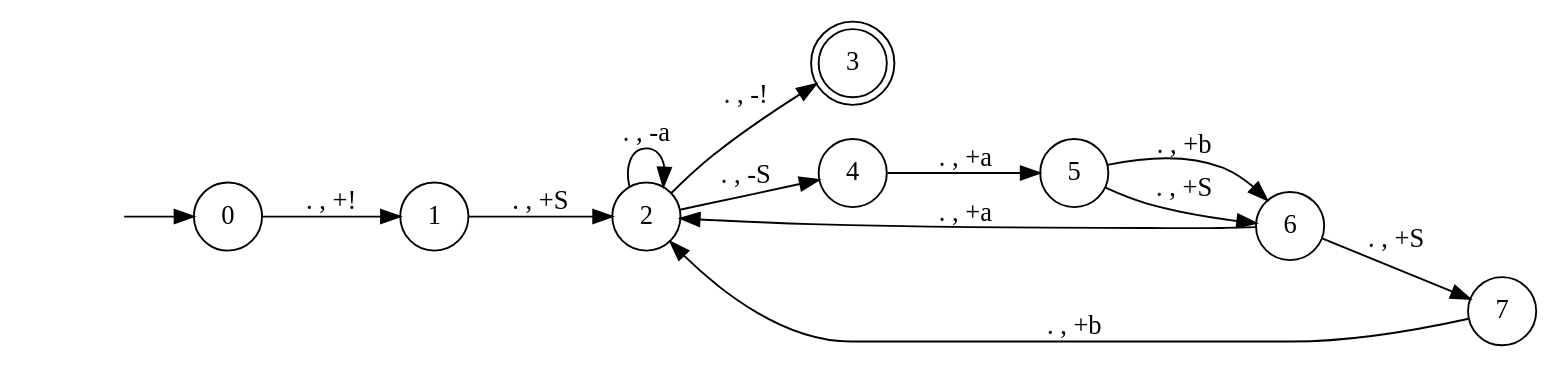
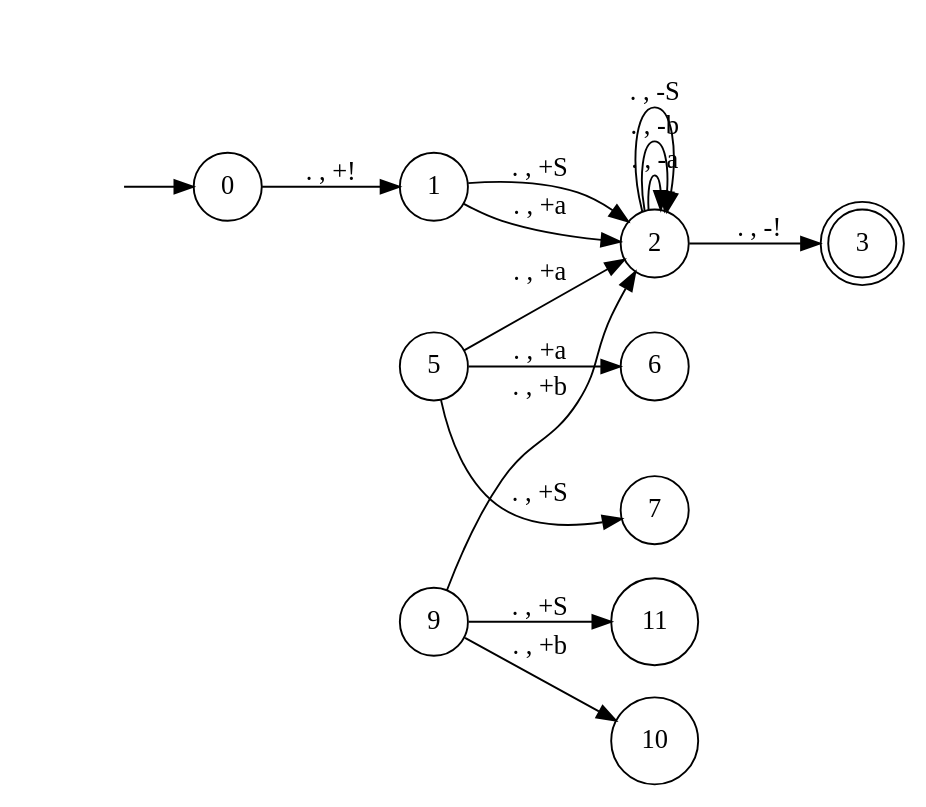
One commit to tsubaric/ToC changed the diagram in output.gv. Above: the diagram before and after it, drawn with Graphviz. The commit also changed 2 other files, not shown here.

```diff
--- a/output.gv
+++ b/output.gv
@@ -1,19 +1,21 @@
 digraph pda {
 rankdir = LR;
 hidden [shape = plaintext, label = ""];
 node [shape = doublecircle];
 3;
 node [shape = circle];
 hidden -> 0;
 0 -> 1 [label = ". , +!"];
+1 -> 2 [label = ". , +a"];
 1 -> 2 [label = ". , +S"];
 2 -> 2 [label = ". , -a"];
+2 -> 2 [label = ". , -b"];
+2 -> 2 [label = ". , -S"];
 2 -> 3 [label = ". , -!"];
-2 -> 4 [label = ". , -S"];
-4 -> 5 [label = ". , +a"];
-5 -> 6 [label = ". , +b"];
-5 -> 6 [label = ". , +S"];
-6 -> 2 [label = ". , +a"];
-6 -> 7 [label = ". , +S"];
-7 -> 2 [label = ". , +b"];
+5 -> 2 [label = ". , +a"];
+5 -> 6 [label = ". , +a"];
+5 -> 7 [label = ". , +S"];
+9 -> 11 [label = ". , +S"];
+9 -> 2 [label = ". , +b"];
+9 -> 10 [label = ". , +b"];
 }
```
